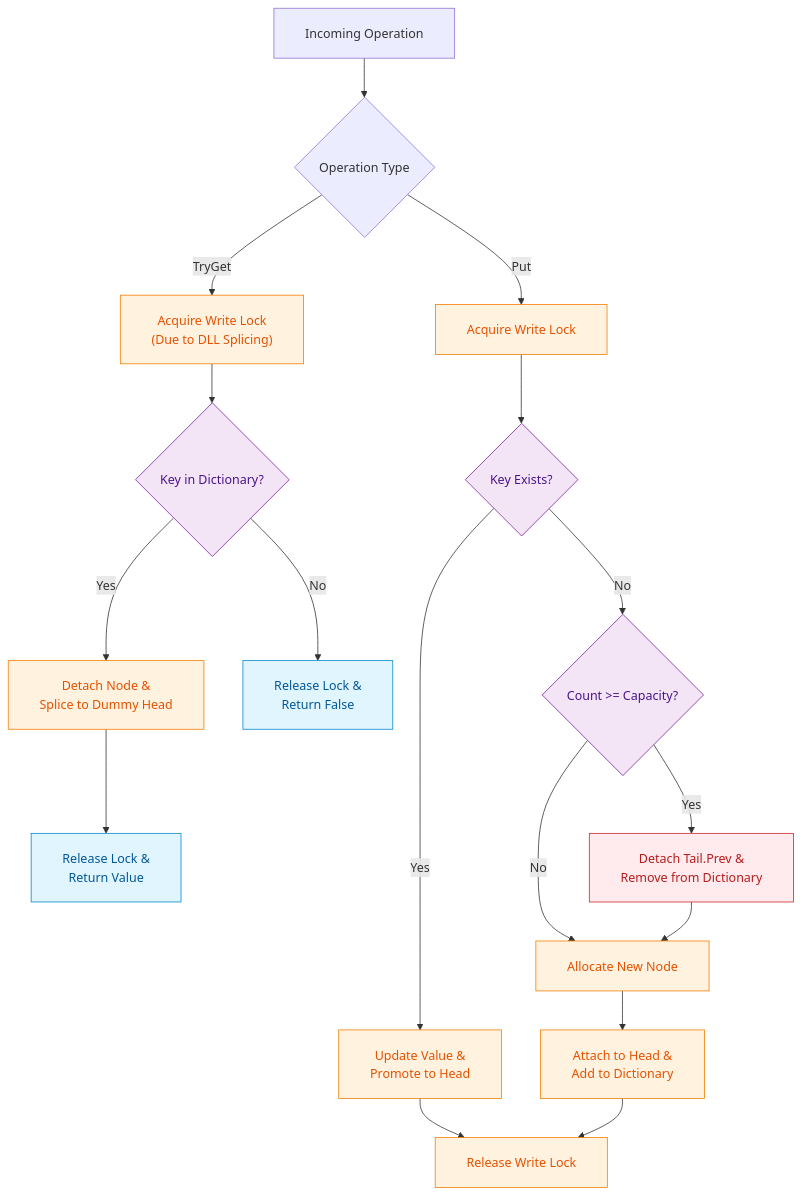
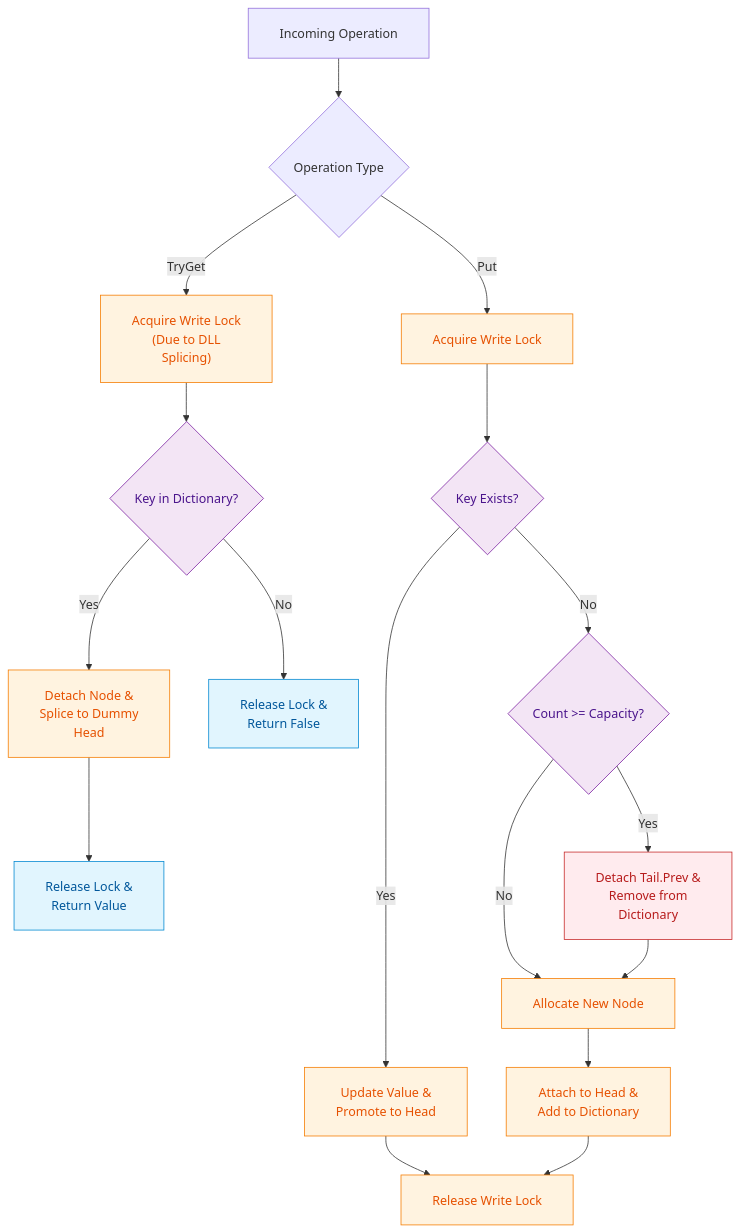
One commit to dip4k/DSA_102 changed the first of 2 diagrams in Senior_problem_solution/26_Thread_Safe_Data_Structures.md. Above: the diagram before and after it, drawn with Mermaid. The commit also changed 106 other files, not shown here.

First line of the commit message:
fix(mermaid): prevent text clipping with foreignObject overflow and tighter line wrapping

````diff
--- a/Senior_problem_solution/26_Thread_Safe_Data_Structures.md
+++ b/Senior_problem_solution/26_Thread_Safe_Data_Structures.md
@@ -50,27 +50,27 @@
 ```mermaid
-%%{init: {"flowchart": {"htmlLabels": true, "padding": 20}}}%%
+%%{init: {"flowchart": {"htmlLabels": true, "padding": 20}, "themeCSS": "foreignObject { overflow: visible !important; }"}}%%
 flowchart TD
     classDef readOp fill:#e1f5fe,stroke:#0288d1,color:#01579b
     classDef writeOp fill:#fff3e0,stroke:#f57c00,color:#e65100
     classDef checkOp fill:#f3e5f5,stroke:#7b1fa2,color:#4a148c
     classDef alertOp fill:#ffebee,stroke:#c62828,color:#b71c1c
 
     Start["Incoming Operation"] --> OpType{"Operation Type"}
-    OpType -->|TryGet| GetLock["Acquire Write Lock<br/>(Due to DLL Splicing)"]:::writeOp
+    OpType -->|TryGet| GetLock["Acquire Write Lock<br/>(Due to DLL<br/>Splicing)"]:::writeOp
     OpType -->|Put| PutLock["Acquire Write Lock"]:::writeOp
 
     GetLock --> FindKey{"Key in Dictionary?"}:::checkOp
-    FindKey -->|Yes| SpliceMRU["Detach Node &<br/>Splice to Dummy Head"]:::writeOp
+    FindKey -->|Yes| SpliceMRU["Detach Node &<br/>Splice to Dummy<br/>Head"]:::writeOp
     FindKey -->|No| ReturnFalse["Release Lock &<br/>Return False"]:::readOp
     SpliceMRU --> ReturnVal["Release Lock &<br/>Return Value"]:::readOp
 
     PutLock --> ExistsKey{"Key Exists?"}:::checkOp
     ExistsKey -->|Yes| UpdateVal["Update Value &<br/>Promote to Head"]:::writeOp
     ExistsKey -->|No| CapCheck{"Count >= Capacity?"}:::checkOp
-    CapCheck -->|Yes| EvictTail["Detach Tail.Prev &<br/>Remove from Dictionary"]:::alertOp
+    CapCheck -->|Yes| EvictTail["Detach Tail.Prev &<br/>Remove from<br/>Dictionary"]:::alertOp
     CapCheck -->|No| InsertNode["Allocate New Node"]:::writeOp
     EvictTail --> InsertNode
     InsertNode --> SpliceHead["Attach to Head &<br/>Add to Dictionary"]:::writeOp
     UpdateVal --> ReleasePut["Release Write Lock"]:::writeOp
     SpliceHead --> ReleasePut
 ```
````
